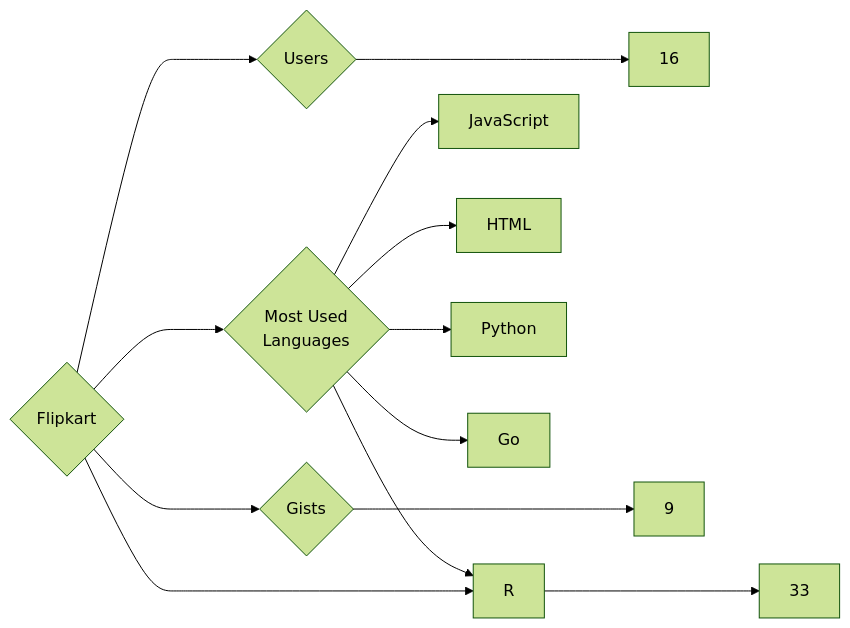
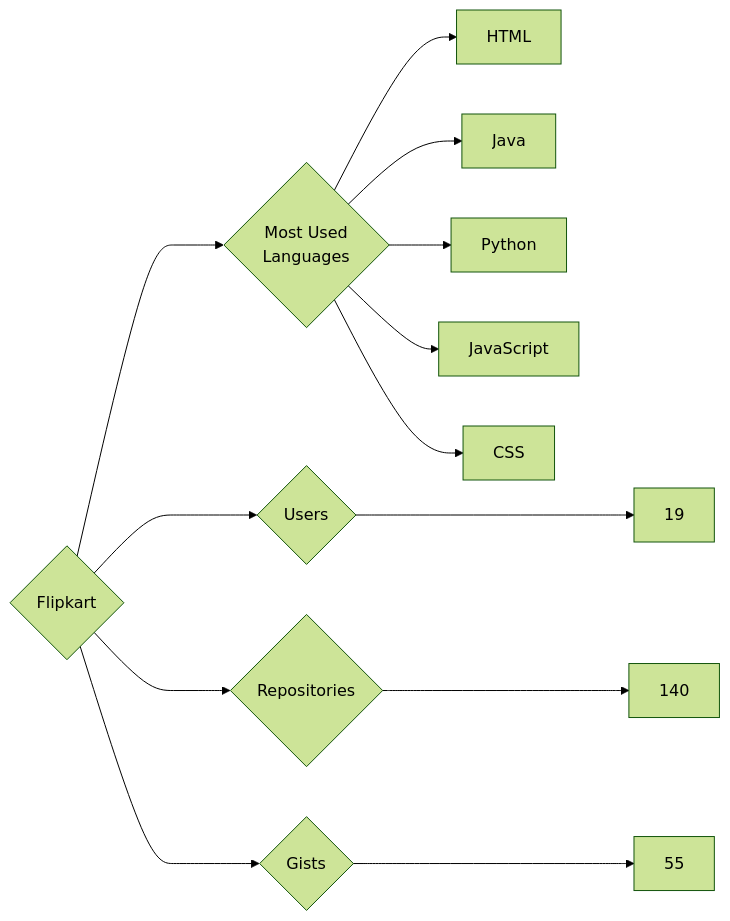
One commit to trickest/insiders changed the diagram in targets/Flipkart/README.md. Above: the diagram before and after it, drawn with Mermaid (forest theme). The commit also changed 837 other files, not shown here.

````diff
--- a/targets/Flipkart/README.md
+++ b/targets/Flipkart/README.md
@@ -3,13 +3,13 @@
 ```mermaid
 graph LR
 COMPANY_NAME{Flipkart}
-COMPANY_NAME ---> U{Users} ---> UN[16]
-COMPANY_NAME ---> R{Repositories} ---> RN[33]
-COMPANY_NAME ---> G{Gists} ---> GN[9]
+COMPANY_NAME ---> U{Users} ---> UN[19]
+COMPANY_NAME ---> R{Repositories} ---> RN[140]
+COMPANY_NAME ---> G{Gists} ---> GN[55]
 COMPANY_NAME ---> ML{Most Used<br>Languages}
+ML --> HTML[HTML]
+ML --> Java[Java]
+ML --> Python[Python]
 ML --> JavaScript[JavaScript]
-ML --> HTML[HTML]
-ML --> R[R]
-ML --> Python[Python]
-ML --> Go[Go]
+ML --> CSS[CSS]
 ```
````
